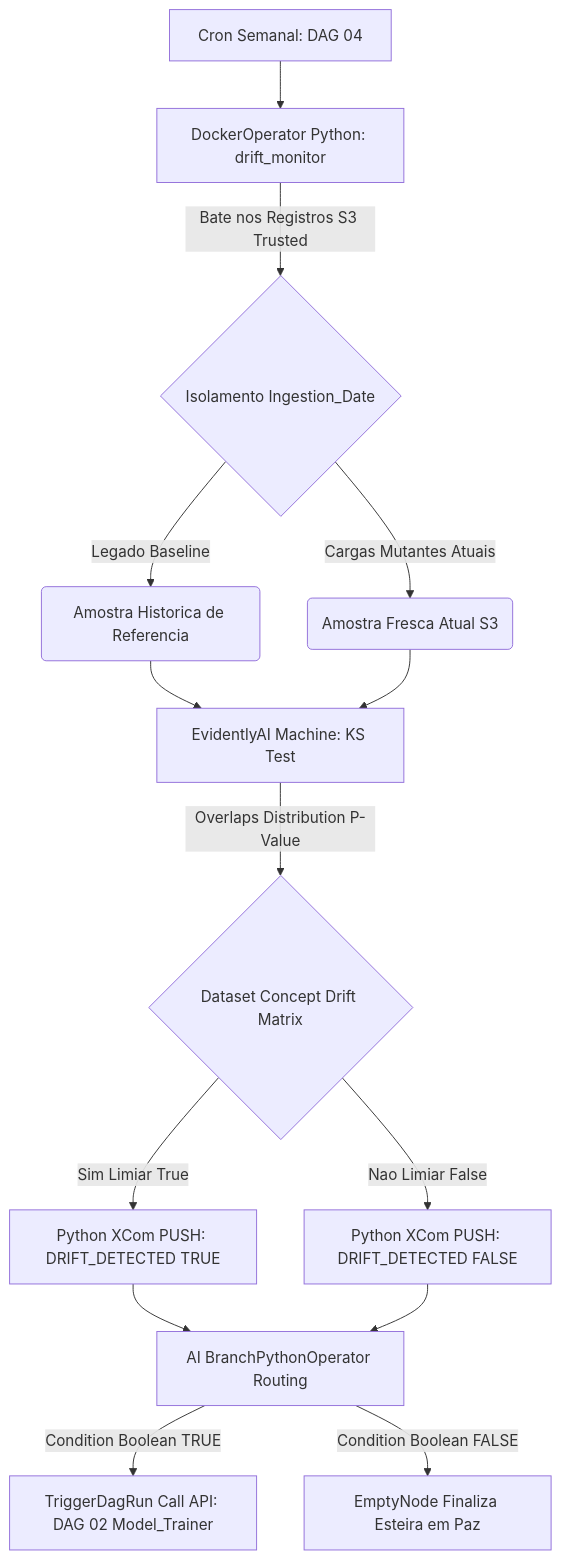
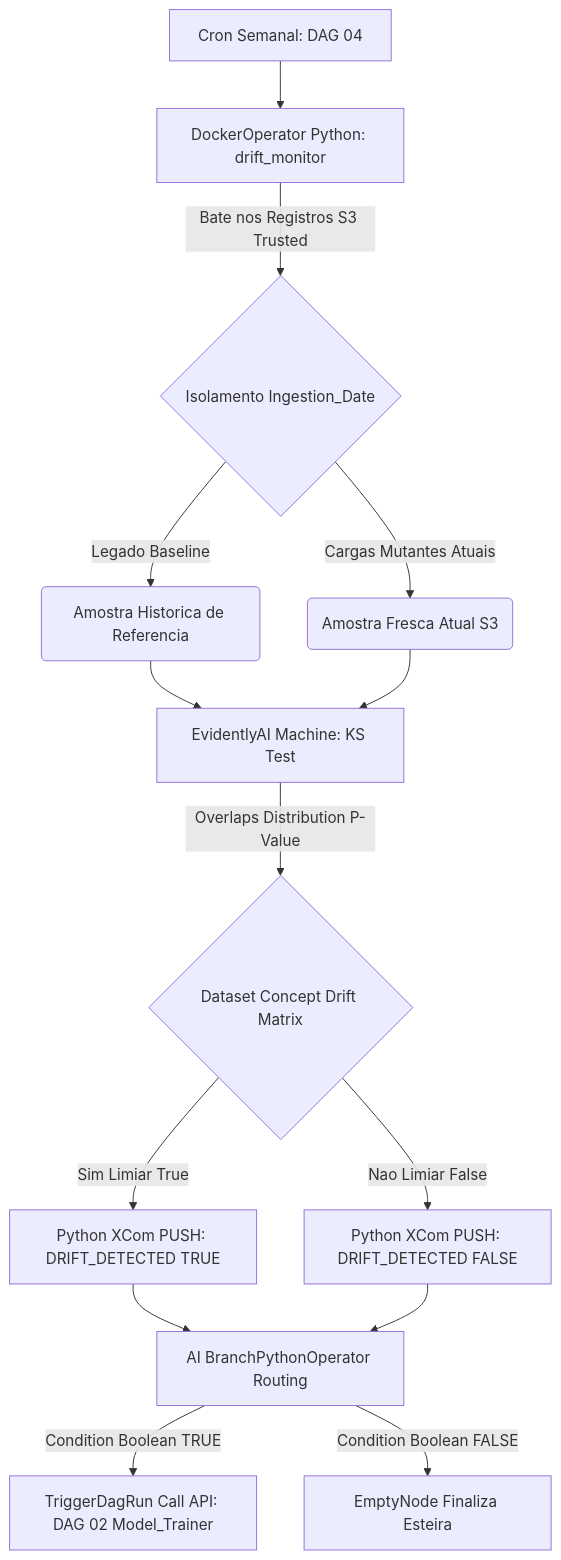
The fifth of 5 diagrams in README.md (engfelipeviana/machine_Learning_pipeline), drawn with Mermaid before and after one commit.

Commit message:
docs: simplifica texto do nó de finalização no diagrama de drift

````diff
--- a/README.md
+++ b/README.md
@@ -205,17 +205,17 @@
 ```mermaid
 graph TD
     A[Cron Semanal: DAG 04] --> B[DockerOperator Python: drift_monitor]
     B -->|Bate nos Registros S3 Trusted| C{Isolamento Ingestion_Date}
     C -->|Legado Baseline| Ref(Amostra Historica de Referencia)
     C -->|Cargas Mutantes Atuais| Cur(Amostra Fresca Atual S3)
     Ref --> EV[EvidentlyAI Machine: KS Test]
     Cur --> EV
     EV -->|Overlaps Distribution P-Value| D{Dataset Concept Drift Matrix}
     D -- Sim Limiar True --> X[Python XCom PUSH: DRIFT_DETECTED TRUE]
     D -- Nao Limiar False --> Y[Python XCom PUSH: DRIFT_DETECTED FALSE]
     
     X --> PBO[AI BranchPythonOperator Routing]
     Y --> PBO
     PBO -- Condition Boolean TRUE --> Train[TriggerDagRun Call API: DAG 02 Model_Trainer]
-    PBO -- Condition Boolean FALSE --> End[EmptyNode Finaliza Esteira em Paz]
+    PBO -- Condition Boolean FALSE --> End[EmptyNode Finaliza Esteira]
 ```
````
